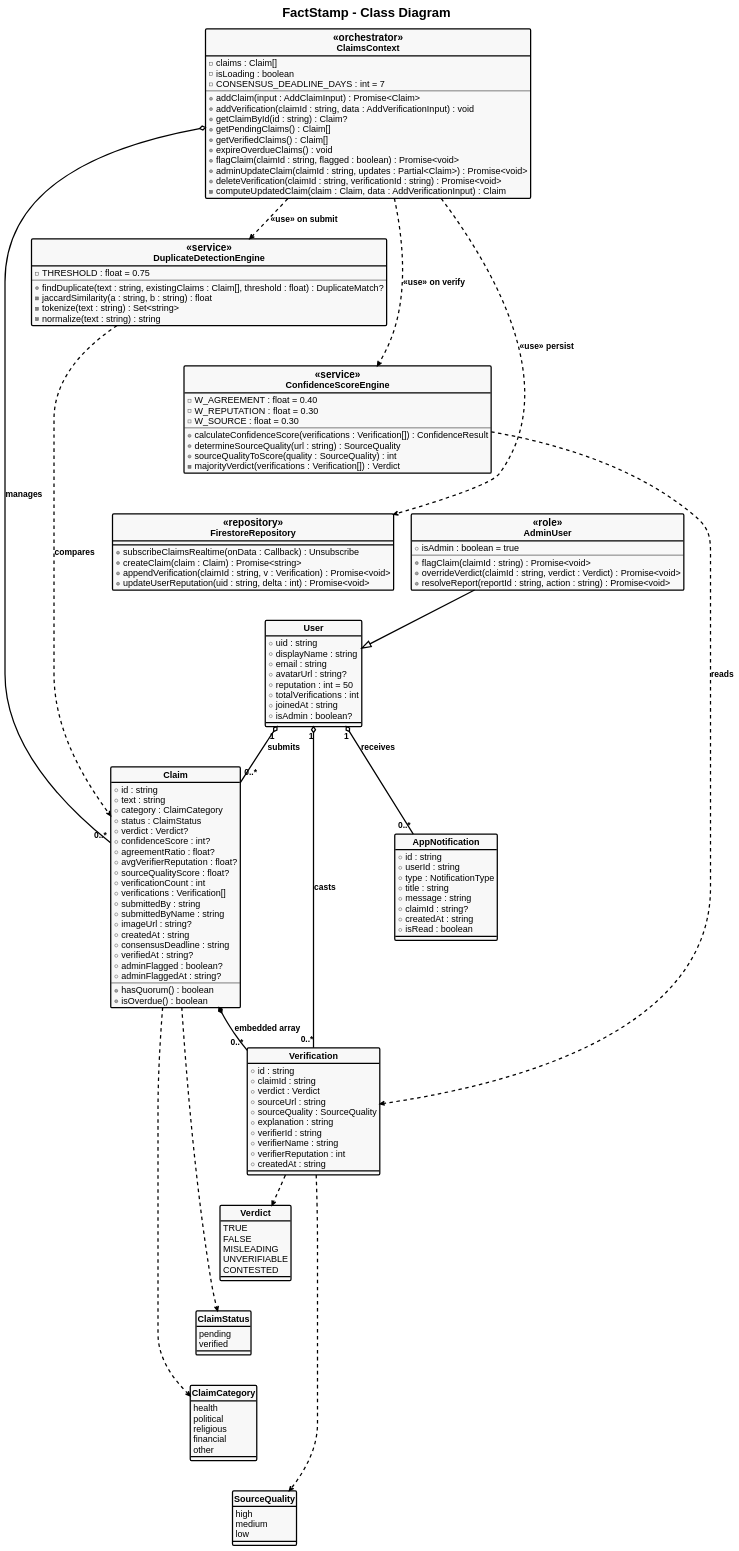
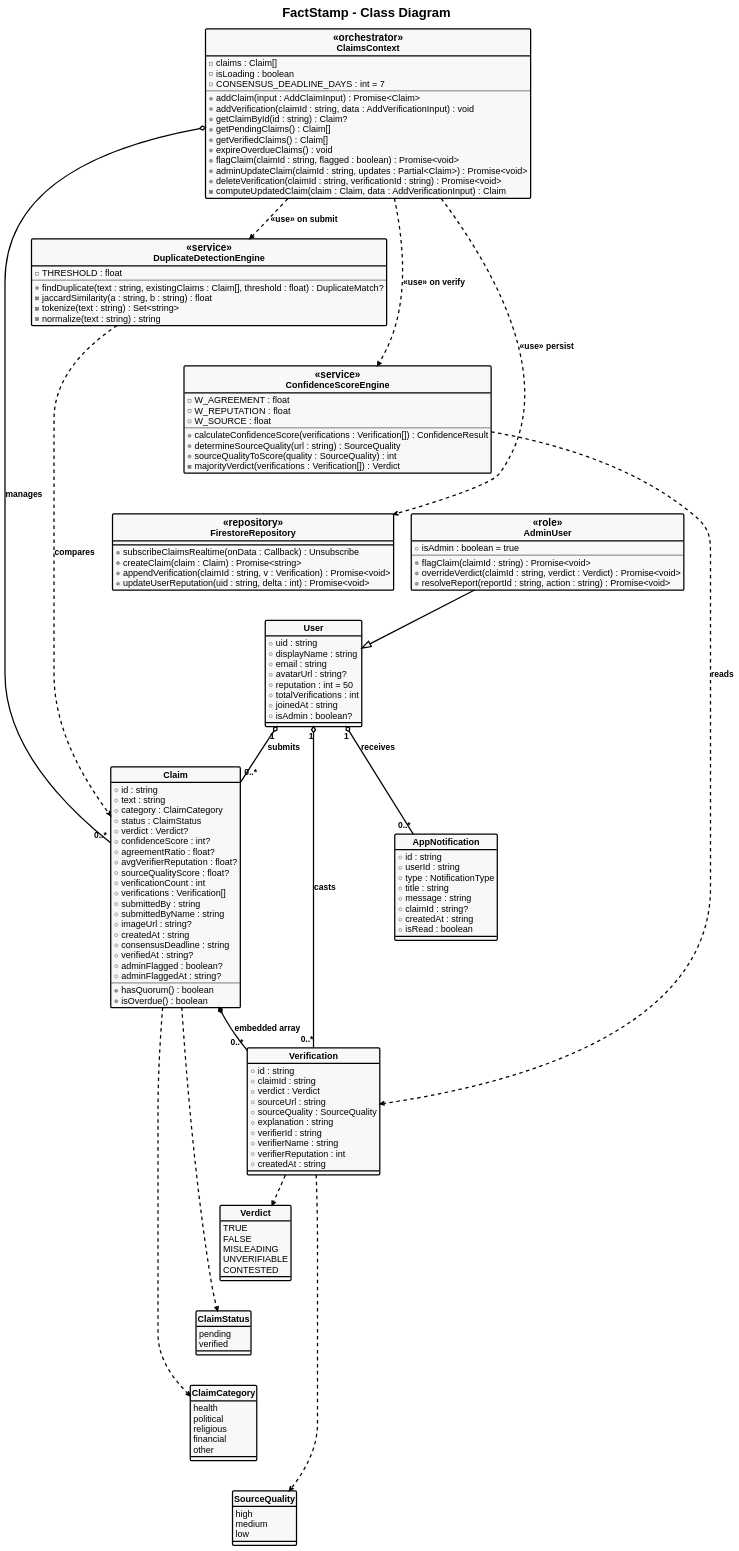
Before and after one commit to aadish0day/typst: the diagram in FactStamp/black_book_draft/03_Requirements_and_Analysis/attachments/class_diagram.puml, drawn with PlantUML. The commit also changed 50 other files, not shown here.

```diff
--- a/FactStamp/black_book_draft/03_Requirements_and_Analysis/attachments/class_diagram.puml
+++ b/FactStamp/black_book_draft/03_Requirements_and_Analysis/attachments/class_diagram.puml
@@ -1,199 +1,199 @@
 @startuml
 skinparam style strictuml
 skinparam monochrome true
 skinparam defaultFontName "Liberation Sans"
 skinparam defaultFontSize 20
 skinparam defaultFontStyle bold
 skinparam titleFontSize 26
 skinparam titleFontStyle bold
 
 skinparam backgroundColor white
 skinparam ArrowColor black
 skinparam ArrowThickness 2.5
 skinparam ArrowFontSize 17
 skinparam ArrowFontStyle bold
 
 skinparam EntityBorderColor black
 skinparam EntityBorderThickness 2.5
 skinparam EntityBackgroundColor #F8F9FA
 skinparam EntityFontSize 22
 skinparam EntityFontStyle bold
 
 skinparam ClassBorderColor black
 skinparam ClassBorderThickness 2.5
 skinparam ClassBackgroundColor #F8F9FA
 skinparam ClassFontSize 22
 skinparam ClassFontStyle bold
 skinparam ClassAttributeFontSize 18
 
 title FactStamp - Class Diagram
 
 class ClaimsContext <<orchestrator>> {
   - claims : Claim[]
   - isLoading : boolean
   - CONSENSUS_DEADLINE_DAYS : int = 7
   --
   + addClaim(input : AddClaimInput) : Promise<Claim>
   + addVerification(claimId : string, data : AddVerificationInput) : void
   + getClaimById(id : string) : Claim?
   + getPendingClaims() : Claim[]
   + getVerifiedClaims() : Claim[]
   + expireOverdueClaims() : void
   + flagClaim(claimId : string, flagged : boolean) : Promise<void>
   + adminUpdateClaim(claimId : string, updates : Partial<Claim>) : Promise<void>
   + deleteVerification(claimId : string, verificationId : string) : Promise<void>
   - computeUpdatedClaim(claim : Claim, data : AddVerificationInput) : Claim
 }
 
 class DuplicateDetectionEngine <<service>> {
-  - THRESHOLD : float = 0.75
+  - THRESHOLD : float
   --
   + findDuplicate(text : string, existingClaims : Claim[], threshold : float) : DuplicateMatch?
   - jaccardSimilarity(a : string, b : string) : float
   - tokenize(text : string) : Set<string>
   - normalize(text : string) : string
 }
 
 class ConfidenceScoreEngine <<service>> {
-  - W_AGREEMENT : float = 0.40
-  - W_REPUTATION : float = 0.30
-  - W_SOURCE : float = 0.30
+  - W_AGREEMENT : float
+  - W_REPUTATION : float
+  - W_SOURCE : float
   --
   + calculateConfidenceScore(verifications : Verification[]) : ConfidenceResult
   + determineSourceQuality(url : string) : SourceQuality
   + sourceQualityToScore(quality : SourceQuality) : int
   - majorityVerdict(verifications : Verification[]) : Verdict
 }
 
 class FirestoreRepository <<repository>> {
   + subscribeClaimsRealtime(onData : Callback) : Unsubscribe
   + createClaim(claim : Claim) : Promise<string>
   + appendVerification(claimId : string, v : Verification) : Promise<void>
   + updateUserReputation(uid : string, delta : int) : Promise<void>
 }
 
 class Claim {
   + id : string
   + text : string
   + category : ClaimCategory
   + status : ClaimStatus
   + verdict : Verdict?
   + confidenceScore : int?
   + agreementRatio : float?
   + avgVerifierReputation : float?
   + sourceQualityScore : float?
   + verificationCount : int
   + verifications : Verification[]
   + submittedBy : string
   + submittedByName : string
   + imageUrl : string?
   + createdAt : string
   + consensusDeadline : string
   + verifiedAt : string?
   + adminFlagged : boolean?
   + adminFlaggedAt : string?
   --
   + hasQuorum() : boolean
   + isOverdue() : boolean
 }
 
 class Verification {
   + id : string
   + claimId : string
   + verdict : Verdict
   + sourceUrl : string
   + sourceQuality : SourceQuality
   + explanation : string
   + verifierId : string
   + verifierName : string
   + verifierReputation : int
   + createdAt : string
 }
 
 class User {
   + uid : string
   + displayName : string
   + email : string
   + avatarUrl : string?
   + reputation : int = 50
   + totalVerifications : int
   + joinedAt : string
   + isAdmin : boolean?
 }
 
 class AdminUser <<role>> {
   + isAdmin : boolean = true
   --
   + flagClaim(claimId : string) : Promise<void>
   + overrideVerdict(claimId : string, verdict : Verdict) : Promise<void>
   + resolveReport(reportId : string, action : string) : Promise<void>
 }
 
 class AppNotification {
   + id : string
   + userId : string
   + type : NotificationType
   + title : string
   + message : string
   + claimId : string?
   + createdAt : string
   + isRead : boolean
 }
 
 enum Verdict {
   TRUE
   FALSE
   MISLEADING
   UNVERIFIABLE
   CONTESTED
 }
 
 enum ClaimStatus {
   pending
   verified
 }
 
 enum ClaimCategory {
   health
   political
   religious
   financial
   other
 }
 
 enum SourceQuality {
   high
   medium
   low
 }
 
 ClaimsContext ..> DuplicateDetectionEngine : <<use>> on submit
 ClaimsContext ..> ConfidenceScoreEngine : <<use>> on verify
 ClaimsContext ..> FirestoreRepository : <<use>> persist
 ClaimsContext o-- "0..*" Claim : manages
 
 DuplicateDetectionEngine ..> Claim : compares
 ConfidenceScoreEngine ..> Verification : reads
 
 User "1" o-- "0..*" Claim : submits
 User "1" o-- "0..*" Verification : casts
 User "1" o-- "0..*" AppNotification : receives
 AdminUser --|> User
 
 Claim *-- "0..*" Verification : embedded array
 
 Claim ..> ClaimStatus
 Claim ..> ClaimCategory
 Verification ..> Verdict
 Verification ..> SourceQuality
 
 ' ── Layout constraints: force a tall, single-column growth (A4 portrait) ──
 DuplicateDetectionEngine -[hidden]down-> ConfidenceScoreEngine
 ConfidenceScoreEngine -[hidden]down-> FirestoreRepository
 FirestoreRepository -[hidden]down-> User
 AdminUser -[hidden]down-> AppNotification
 Verdict -[hidden]down-> ClaimStatus
 ClaimStatus -[hidden]down-> ClaimCategory
 ClaimCategory -[hidden]down-> SourceQuality
 
 @enduml
```
